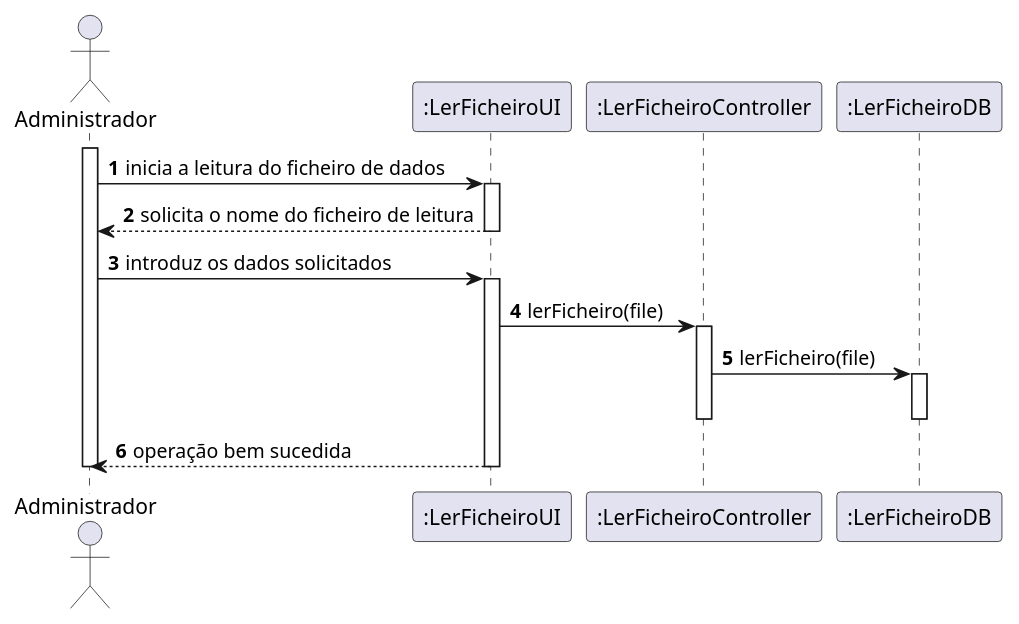
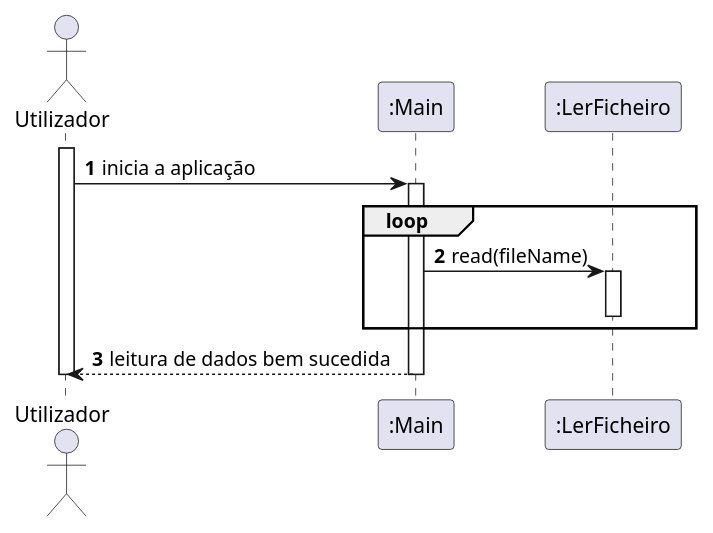
The diagram in docs/UC26/SD-LEITURA DE DADOS.puml (pedrolemos4/LAPR3), drawn with PlantUML before and after one commit. The commit also changed 6 other files, not shown here.

```diff
--- a/docs/UC26/SD-LEITURA DE DADOS.puml
+++ b/docs/UC26/SD-LEITURA DE DADOS.puml
@@ -1,28 +1,19 @@
 @startuml
 autonumber
-actor "Administrador" as ADM
-participant ":LerFicheiroUI" as UI
-participant ":LerFicheiroController" as CTRL
-participant ":LerFicheiroDB" as DB
+actor "Utilizador" as UTIL
+participant ":Main" as MAIN
+participant ":LerFicheiro" as LF
 
-activate ADM
-ADM -> UI : inicia a leitura do ficheiro de dados
-activate UI
-UI --> ADM : solicita o nome do ficheiro de leitura
-deactivate UI
+activate UTIL
+UTIL -> MAIN : inicia a aplicação
+activate MAIN
+loop
+MAIN -> LF : read(fileName)
+activate LF
+deactivate LF
+end
 
-ADM -> UI : introduz os dados solicitados
-activate UI
-
-UI -> CTRL : lerFicheiro(file)
-activate CTRL
-CTRL -> DB: lerFicheiro(file)
-activate DB
-deactivate DB
-deactivate CTRL
-deactivate CTRL
-
-UI --> ADM : operação bem sucedida
-deactivate UI
-deactivate ADM
+MAIN --> UTIL : leitura de dados bem sucedida
+deactivate MAIN
+deactivate UTIL
 @enduml
```
